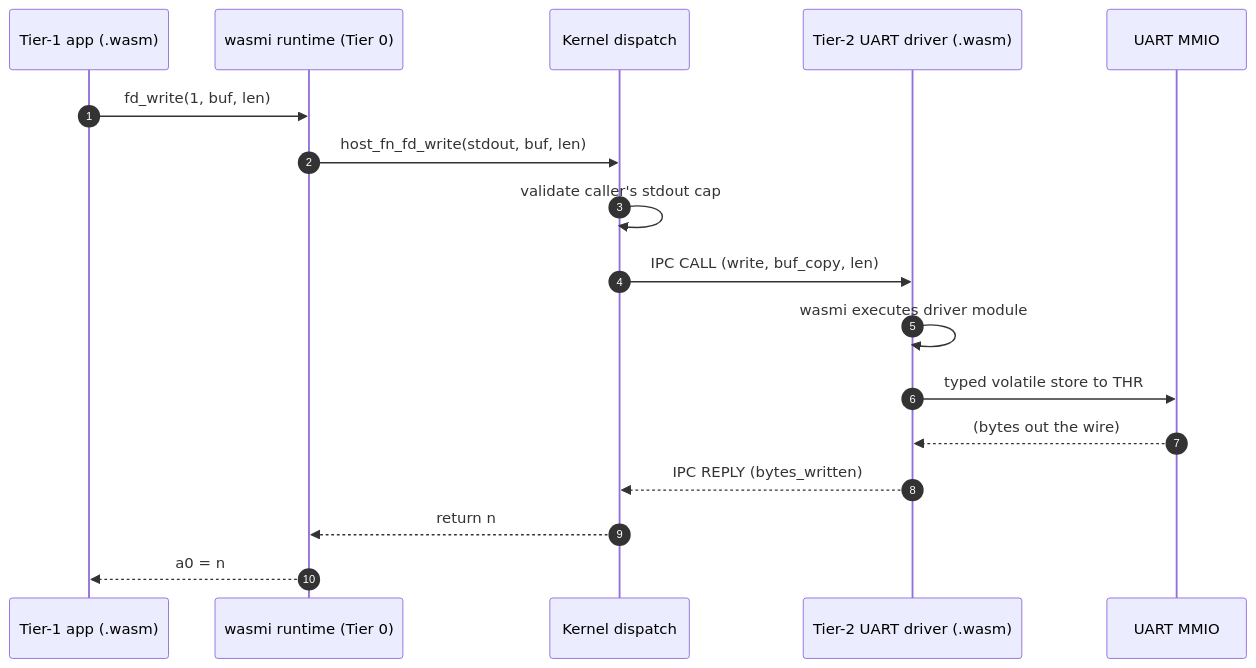
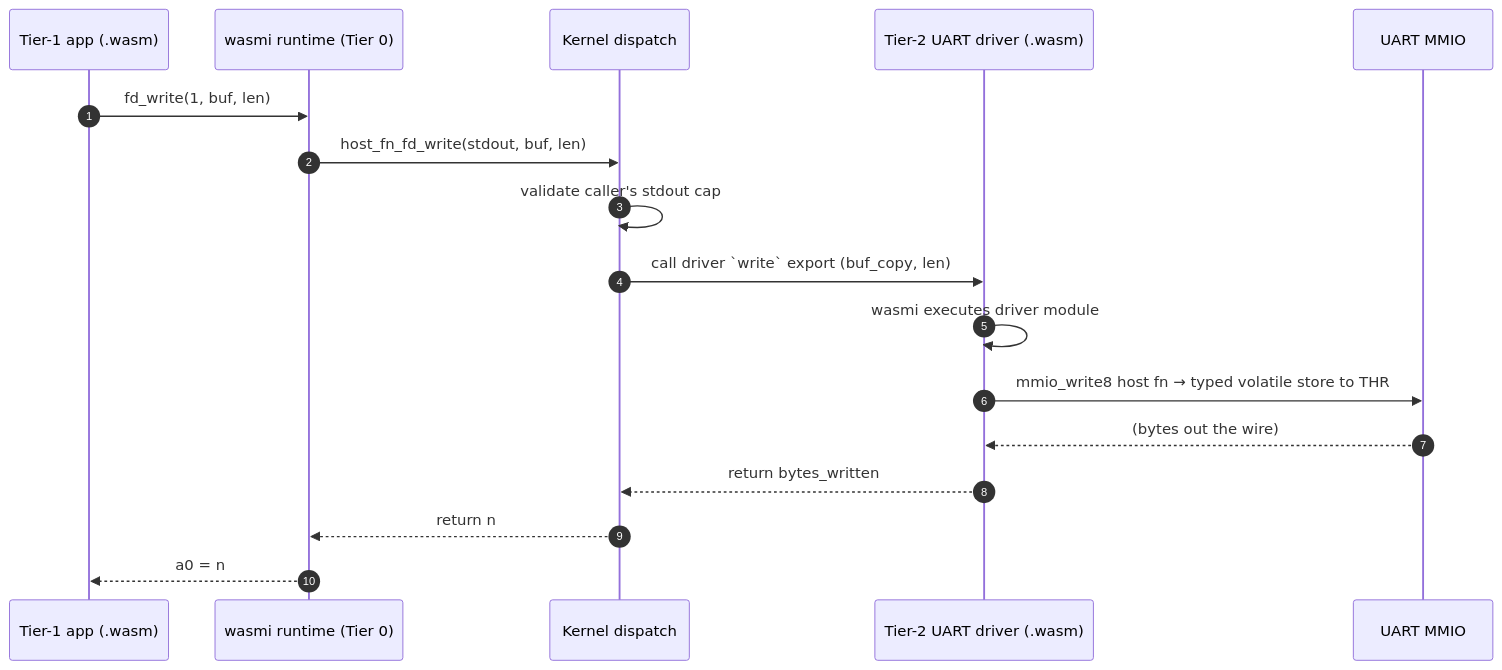
The second of 2 diagrams in docs/architecture.md (westerngazoo/Wari), drawn with Mermaid before and after one commit. The commit also changed other lines of this file and 2 other files, not shown here.

````diff
--- a/docs/architecture.md
+++ b/docs/architecture.md
@@ -72,20 +73,20 @@
 ```mermaid
 sequenceDiagram
     autonumber
     participant App as Tier-1 app (.wasm)
     participant WR as wasmi runtime (Tier 0)
     participant K as Kernel dispatch
     participant D as Tier-2 UART driver (.wasm)
     participant HW as UART MMIO
 
     App->>WR: fd_write(1, buf, len)
     WR->>K: host_fn_fd_write(stdout, buf, len)
     K->>K: validate caller's stdout cap
-    K->>D: IPC CALL (write, buf_copy, len)
+    K->>D: call driver `write` export (buf_copy, len)
     D->>D: wasmi executes driver module
-    D->>HW: typed volatile store to THR
+    D->>HW: mmio_write8 host fn → typed volatile store to THR
     HW-->>D: (bytes out the wire)
-    D-->>K: IPC REPLY (bytes_written)
+    D-->>K: return bytes_written
     K-->>WR: return n
     WR-->>App: a0 = n
 ```
````
